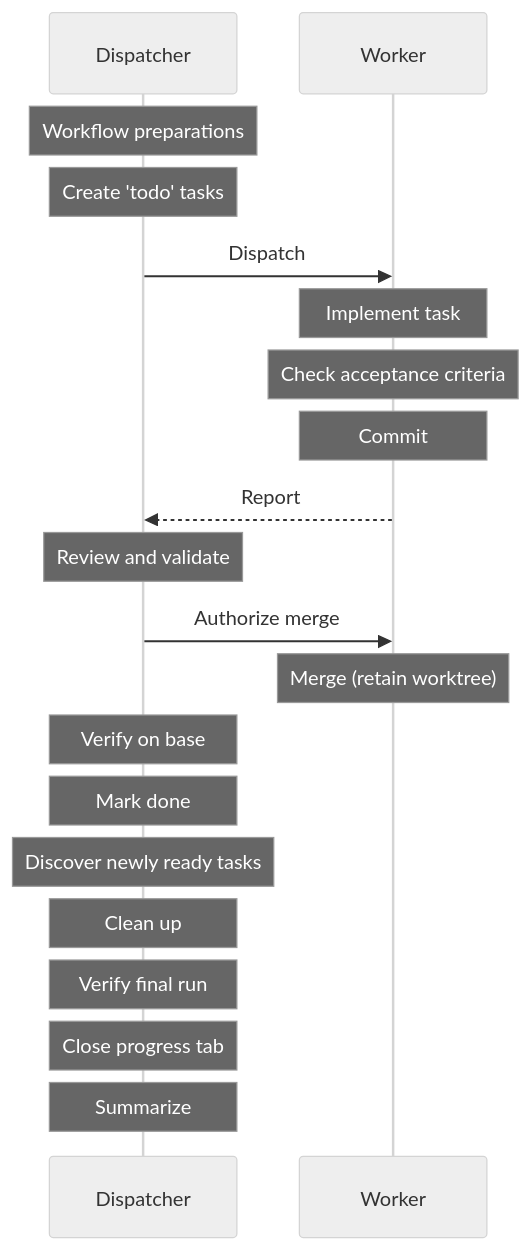
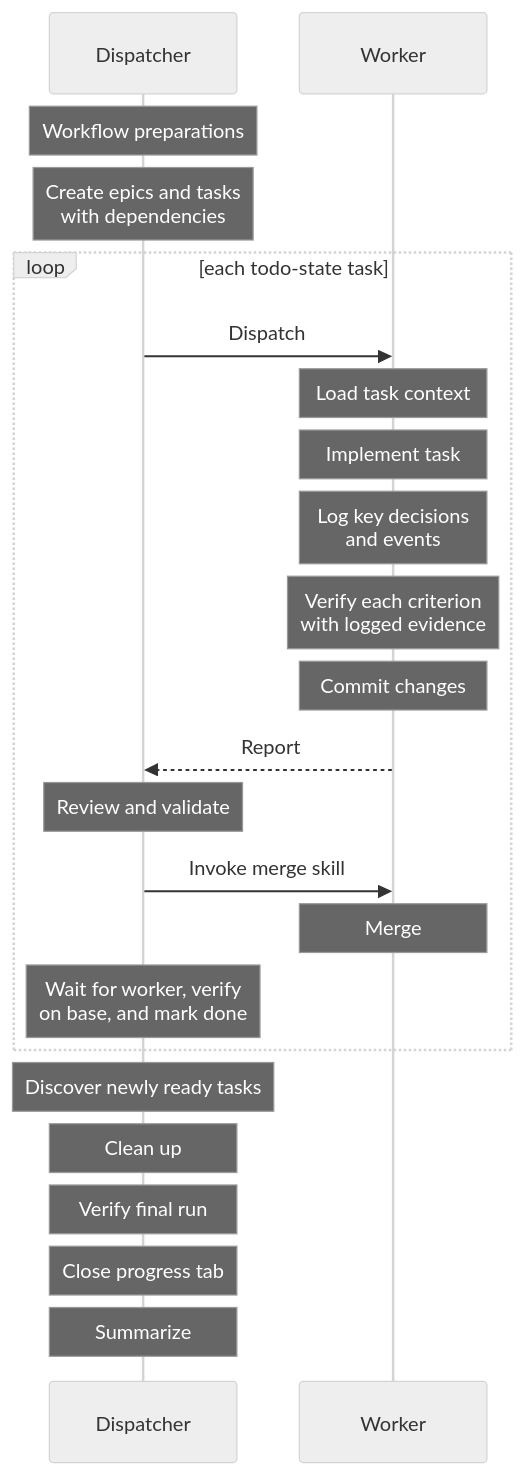
The diagram in agents/SKILL.md (kenbanks-peng/skills), drawn with Mermaid (neutral theme) before and after one commit.

````diff
--- a/agents/SKILL.md
+++ b/agents/SKILL.md
@@ -10,23 +10,26 @@
 ```mermaid
 sequenceDiagram
     participant Dispatcher
     participant Worker
 
     Note over Dispatcher: Workflow preparations
-    Note over Dispatcher: Create 'todo' tasks
-    Dispatcher->>Worker: Dispatch
-    Note over Worker: Implement task
-    Note over Worker: Check acceptance criteria
-    Note over Worker: Commit
-    Worker-->>Dispatcher: Report
-    Note over Dispatcher: Review and validate
-    Dispatcher->>Worker: Authorize merge
-    Note over Worker: Merge (retain worktree)
-    Note over Dispatcher: Verify on base
-    Note over Dispatcher: Mark done
+    Note over Dispatcher: Create epics and tasks<br/> with dependencies
+    loop each todo-state task
+        Dispatcher->>Worker: Dispatch
+        Note over Worker: Load task context
+        Note over Worker: Implement task
+        Note over Worker: Log key decisions<br/>and events
+        Note over Worker: Verify each criterion<br/>with logged evidence
+        Note over Worker: Commit changes
+        Worker-->>Dispatcher: Report
+        Note over Dispatcher: Review and validate
+        Dispatcher->>Worker: Invoke merge skill
+        Note over Worker: Merge
+        Note over Dispatcher: Wait for worker, verify<br>on base, and mark done
+    end
     Note over Dispatcher: Discover newly ready tasks
     Note over Dispatcher: Clean up
     Note over Dispatcher: Verify final run
     Note over Dispatcher: Close progress tab
     Note over Dispatcher: Summarize
 ```
````
